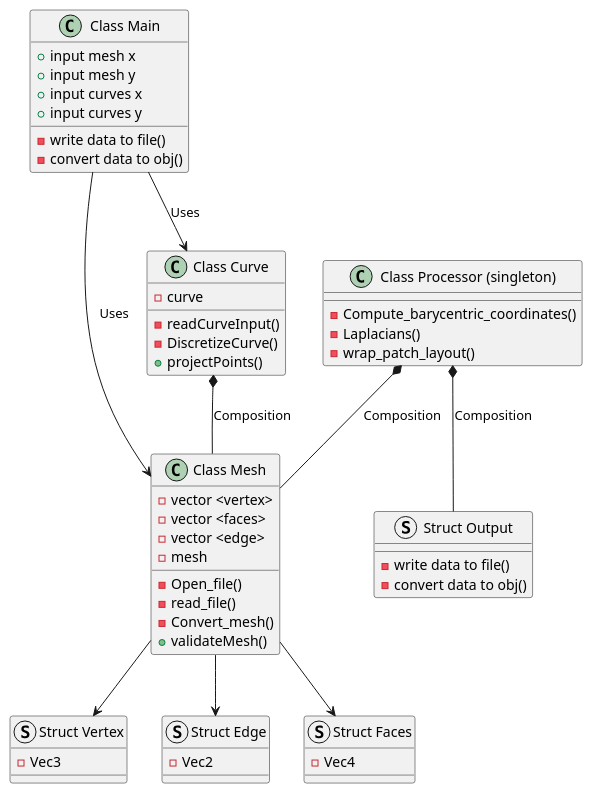
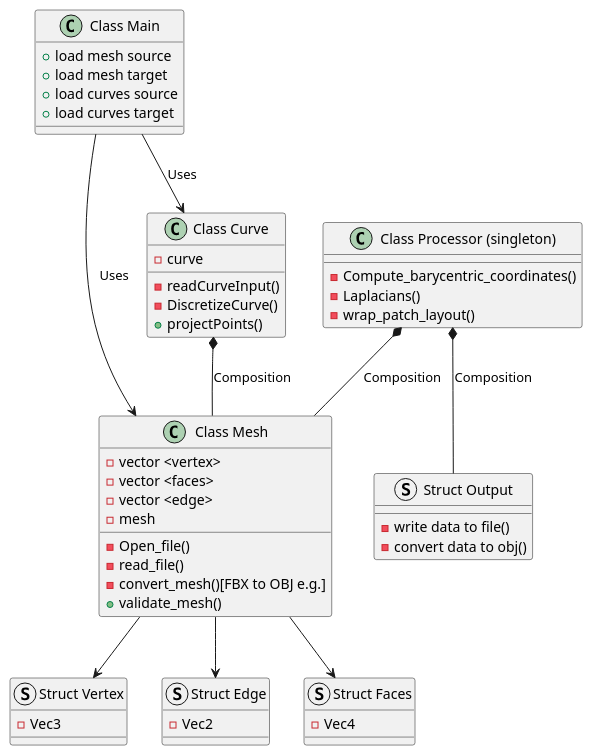
Before and after one commit to Robijn98/TopologyTransferTool: the diagram in class_diagram/class_diagram.puml, drawn with PlantUML. The commit also changed 1 other file, not shown here.

Commit message:
updated diagram

```diff
--- a/class_diagram/class_diagram.puml
+++ b/class_diagram/class_diagram.puml
@@ -1,63 +1,61 @@
 @startuml
 
 class "Class Main" {
-    + input mesh x
-    + input mesh y
-    + input curves x
-    + input curves y
-    - write data to file()
-    - convert data to obj()
+    + load mesh source
+    + load mesh target
+    + load curves source
+    + load curves target
 }
 
 class "Class Mesh" {
     - vector <vertex>
     - vector <faces>
     - vector <edge>
     - mesh
     - Open_file()
     - read_file()
-    - Convert_mesh()
-    + validateMesh()
+    - convert_mesh()[FBX to OBJ e.g.]
+    + validate_mesh()
 }
 
 class "Class Curve" {
     - curve
     - readCurveInput()
     - DiscretizeCurve()
     + projectPoints()
 }
 
 class "Class Processor (singleton)" {
     - Compute_barycentric_coordinates()
     - Laplacians()
     - wrap_patch_layout()
 }
 
 struct "Struct Vertex" {
     - Vec3
 }
 
 struct "Struct Edge" {
     - Vec2
 }
 
 struct "Struct Faces" {
     - Vec4
 }
 
 struct "Struct Output" {
     - write data to file()
     - convert data to obj()
 }
 
 ' Relationships
 "Class Main" --> "Class Mesh" : Uses
 "Class Main" --> "Class Curve" : Uses
 "Class Curve" *-- "Class Mesh" : Composition
 "Class Processor (singleton)" *-- "Class Mesh" : Composition
 "Class Processor (singleton)" *-- "Struct Output" : Composition
 "Class Mesh" --> "Struct Vertex"
 "Class Mesh" --> "Struct Edge"
 "Class Mesh" --> "Struct Faces"
 
 @enduml
```
